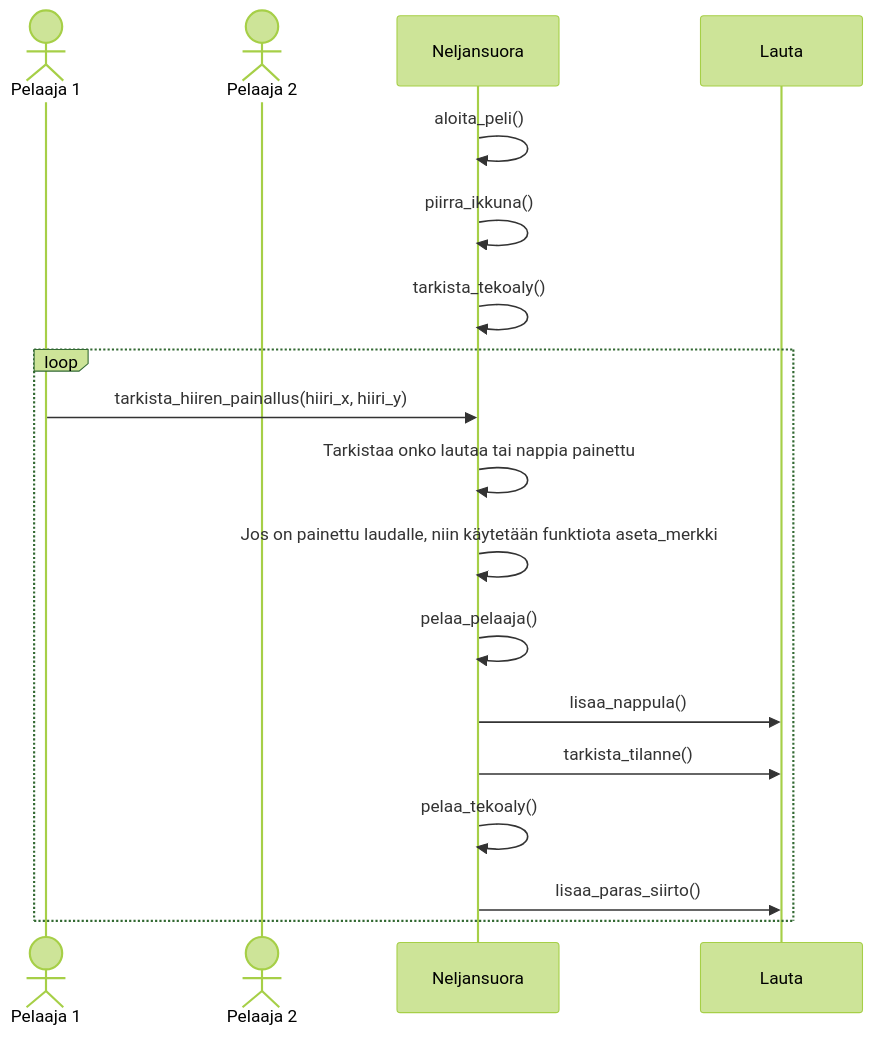
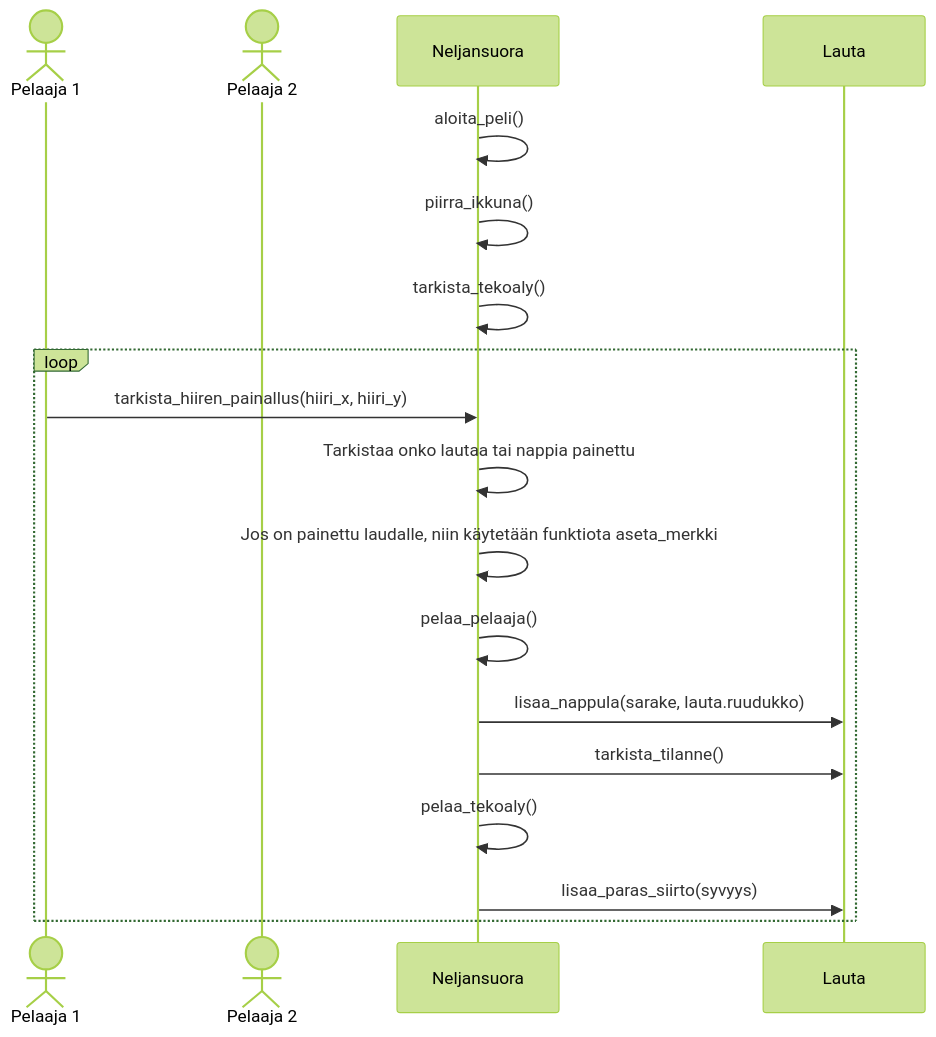
Before and after one commit to TatuSorjonen/Neljansuora: the second of 3 diagrams in Dokumentaatio/toteutusdokumentti.md, drawn with Mermaid (forest theme). The commit also changed other lines of this file, not shown here.

````diff
--- a/Dokumentaatio/toteutusdokumentti.md
+++ b/Dokumentaatio/toteutusdokumentti.md
@@ -42,20 +42,20 @@
 ```mermaid
 sequenceDiagram
   actor Pelaaja 1
   actor Pelaaja 2
   participant Neljansuora
   participant Lauta
   Neljansuora->> Neljansuora: aloita_peli()
   Neljansuora->> Neljansuora: piirra_ikkuna()
   Neljansuora->> Neljansuora: tarkista_tekoaly()
   loop
   Pelaaja 1->> Neljansuora: tarkista_hiiren_painallus(hiiri_x, hiiri_y)
   Neljansuora->> Neljansuora: Tarkistaa onko lautaa tai nappia painettu
   Neljansuora->> Neljansuora: Jos on painettu laudalle, niin käytetään funktiota aseta_merkki
   Neljansuora->> Neljansuora: pelaa_pelaaja()
-  Neljansuora->> Lauta: lisaa_nappula()
+  Neljansuora->> Lauta: lisaa_nappula(sarake, lauta.ruudukko)
   Neljansuora->> Lauta: tarkista_tilanne()
   Neljansuora->> Neljansuora: pelaa_tekoaly()
-  Neljansuora->> Lauta: lisaa_paras_siirto()
+  Neljansuora->> Lauta: lisaa_paras_siirto(syvyys)
   end
 ```
````
